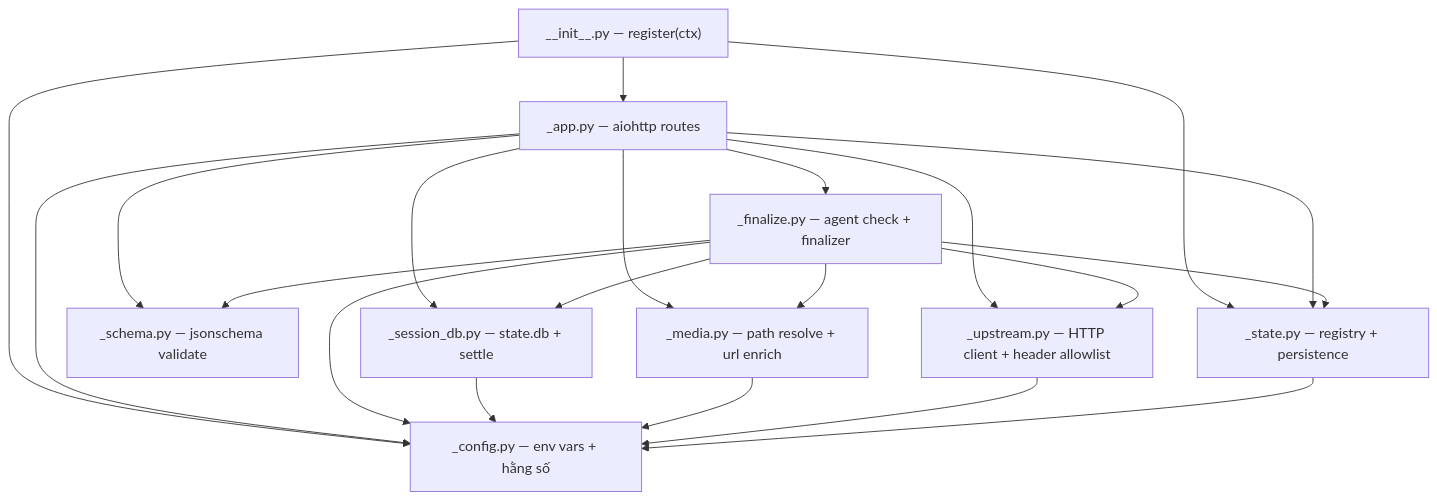
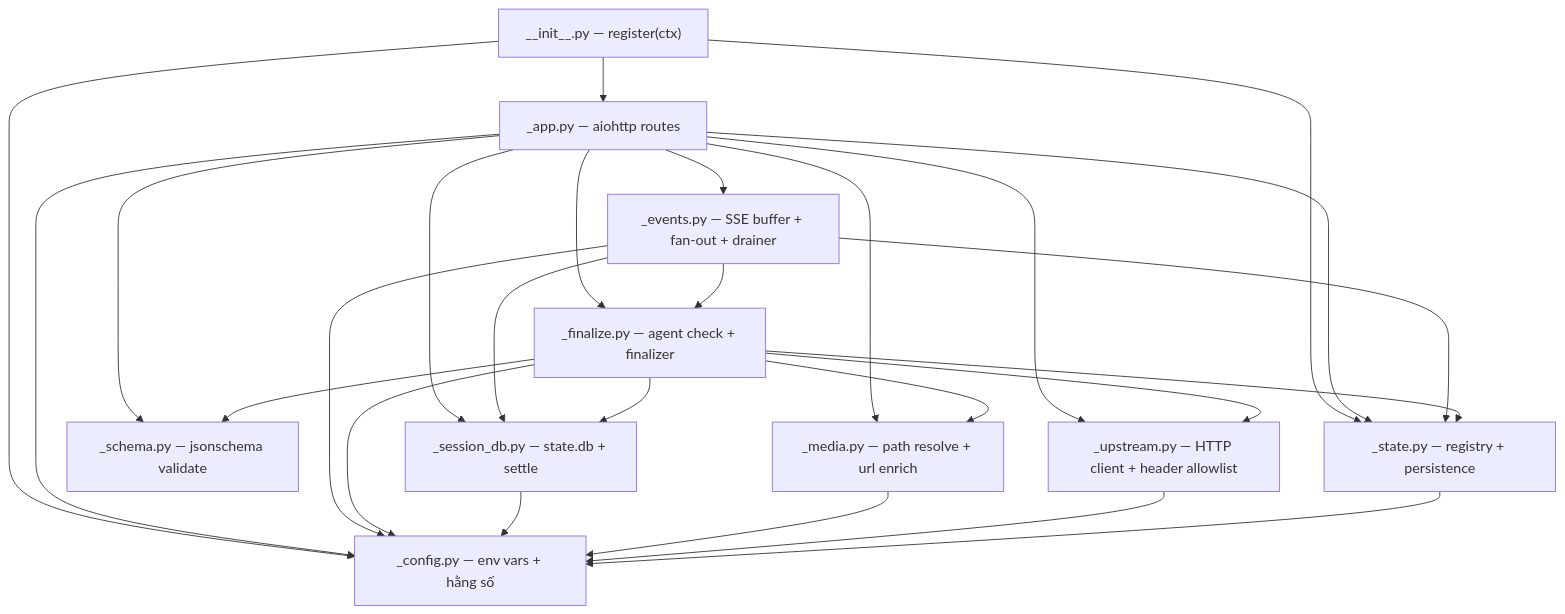
One commit to Agoobi/hermes-structured-runs-plugins changed the second of 10 diagrams in docs/ARCHITECTURE.md. Above: the diagram before and after it, drawn with Mermaid. The commit also changed other lines of this file and 7 other files, not shown here.

First line of the commit message:
Fix run events: buffer + fan-out so logs are actually retrievable

````diff
--- a/docs/ARCHITECTURE.md
+++ b/docs/ARCHITECTURE.md
@@ -73,33 +73,39 @@
 ```mermaid
 flowchart TD
     INIT["__init__.py — register(ctx)"]
     APP["_app.py — aiohttp routes"]
     FIN["_finalize.py — agent check + finalizer"]
     SDB["_session_db.py — state.db + settle"]
     MEDIA["_media.py — path resolve + url enrich"]
     SCHEMA["_schema.py — jsonschema validate"]
     UP["_upstream.py — HTTP client + header allowlist"]
+    EV["_events.py — SSE buffer + fan-out + drainer"]
     STATE["_state.py — registry + persistence"]
     CFG["_config.py — env vars + hằng số"]
 
     INIT --> APP
     INIT --> STATE
     INIT --> CFG
     APP --> FIN
+    APP --> EV
     APP --> SDB
     APP --> MEDIA
     APP --> SCHEMA
     APP --> UP
     APP --> STATE
     APP --> CFG
+    EV --> FIN
+    EV --> SDB
+    EV --> STATE
+    EV --> CFG
     FIN --> SDB
     FIN --> MEDIA
     FIN --> SCHEMA
     FIN --> UP
     FIN --> STATE
     FIN --> CFG
     SDB --> CFG
     MEDIA --> CFG
     UP --> CFG
     STATE --> CFG
 ```
````
